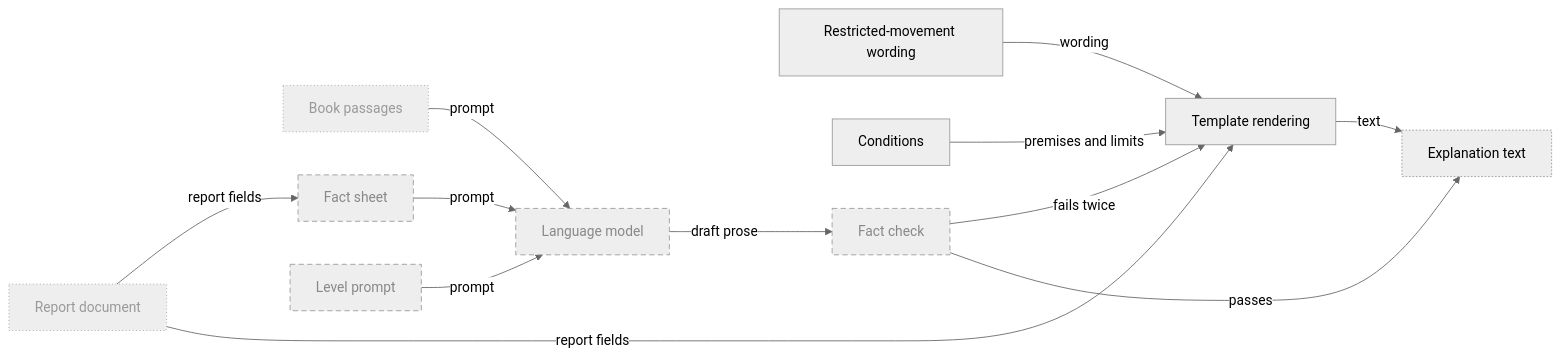
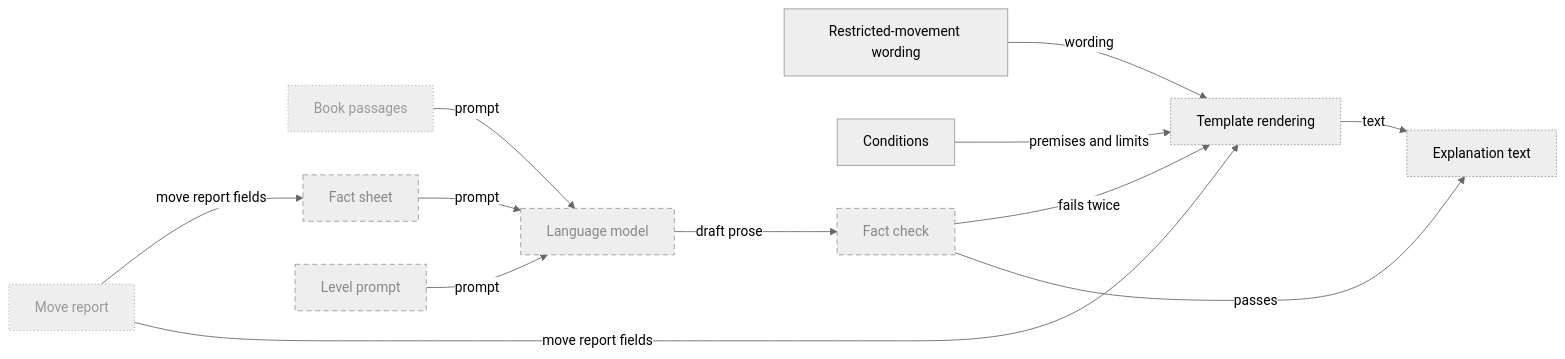
Diagram 11 of 22 in Planning/DBC/CONCEPTS.md (aurja/ChessWhy), drawn with Mermaid (neutral theme) before and after one commit. The commit also changed other lines of this file and 8 other files, not shown here.

````diff
--- a/Planning/DBC/CONCEPTS.md
+++ b/Planning/DBC/CONCEPTS.md
@@ -475,27 +518,27 @@
 ```mermaid
 flowchart LR
-    ReportDocument["Report document"]
+    MoveReport["Move report"]
     BookPassages["Book passages"]
     RestrictedMovement["Restricted-movement wording"]
     Conditions["Conditions"]
     TemplateRendering["Template rendering"]
     FactSheet["Fact sheet"]
     LevelPrompt["Level prompt"]
     LanguageModel["Language model"]
     FactCheck["Fact check"]
     ExplanationText["Explanation text"]
-    ReportDocument -->|report fields| TemplateRendering & FactSheet
+    MoveReport -->|move report fields| TemplateRendering & FactSheet
     RestrictedMovement -->|wording| TemplateRendering
     Conditions -->|premises and limits| TemplateRendering
     FactSheet & LevelPrompt & BookPassages -->|prompt| LanguageModel
     LanguageModel -->|draft prose| FactCheck
     FactCheck -->|passes| ExplanationText
     FactCheck -->|fails twice| TemplateRendering
     TemplateRendering -->|text| ExplanationText
     classDef planned stroke-dasharray:6 4,color:#888
     classDef partial stroke-dasharray:2 2
     classDef external stroke-dasharray:1 3,color:#999
-    class ReportDocument,BookPassages external
+    class MoveReport,BookPassages external
     class FactSheet,LevelPrompt,LanguageModel,FactCheck planned
-    class ExplanationText partial
+    class TemplateRendering,ExplanationText partial
 ```
````
